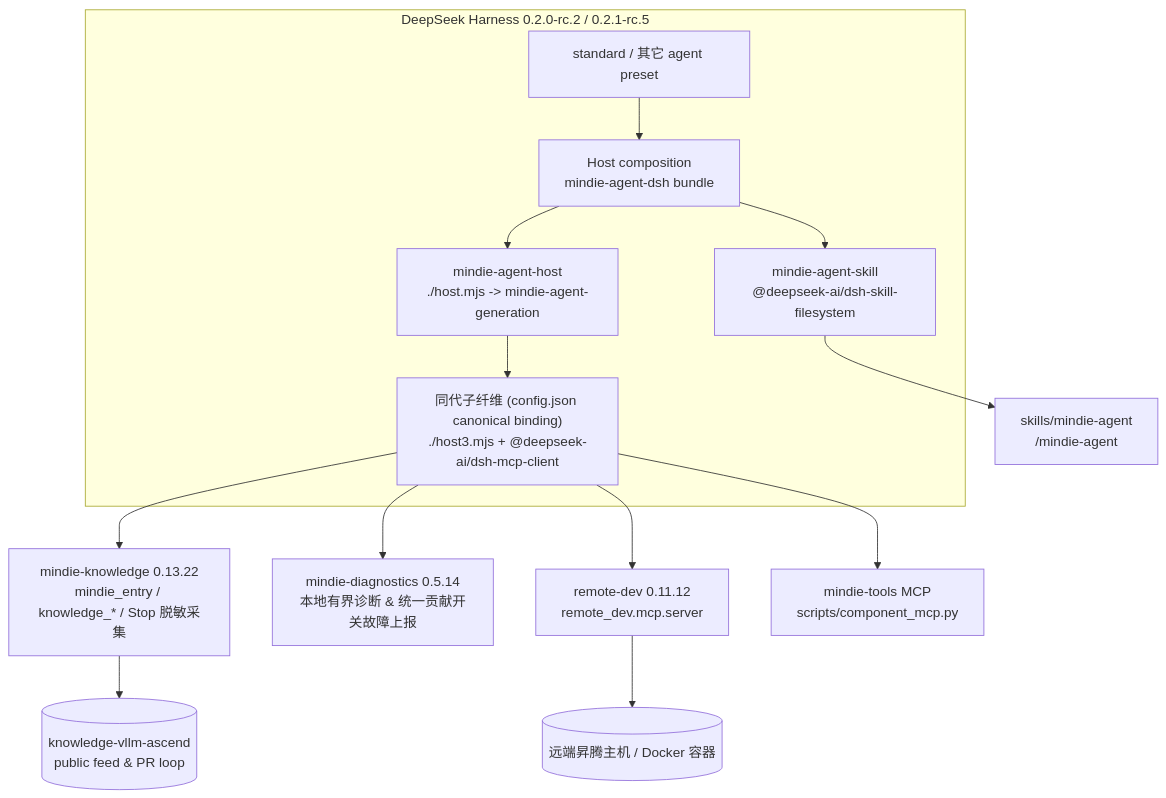
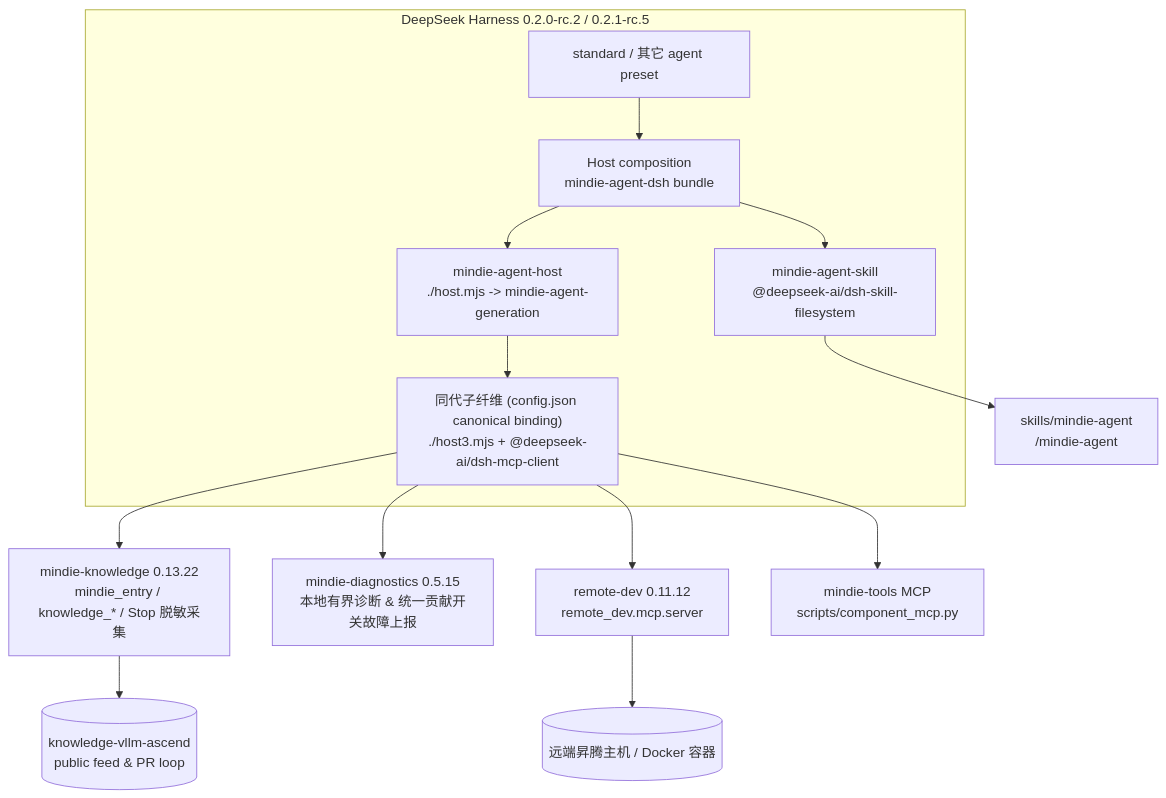
The diagram in README.md (mindie-agent/mindie-agent-dsh), drawn with Mermaid before and after one commit. The commit also changed other lines of this file and 8 other files, not shown here.

````diff
--- a/README.md
+++ b/README.md
@@ -169,21 +169,21 @@
 ```mermaid
 flowchart TB
   subgraph DSH["DeepSeek Harness 0.2.0-rc.2 / 0.2.1-rc.5"]
     HOST["Host composition<br/>mindie-agent-dsh bundle"]
     STD["standard / 其它 agent preset"]
     SKILL["mindie-agent-skill<br/>@deepseek-ai/dsh-skill-filesystem"]
     HPLUG["mindie-agent-host<br/>./host.mjs -> mindie-agent-generation"]
     GEN["同代子纤维 (config.json canonical binding)<br/>./host3.mjs + @deepseek-ai/dsh-mcp-client"]
     STD --> HOST
     HOST --> SKILL
     HOST --> HPLUG
     HPLUG --> GEN
   end
   SKILL --> SK["skills/mindie-agent<br/>/mindie-agent"]
   GEN --> KS["mindie-knowledge 0.13.22<br/>mindie_entry / knowledge_* / Stop 脱敏采集"]
-  GEN --> DIAG["mindie-diagnostics 0.5.14<br/>本地有界诊断 & 统一贡献开关故障上报"]
+  GEN --> DIAG["mindie-diagnostics 0.5.15<br/>本地有界诊断 & 统一贡献开关故障上报"]
   KS --> FEED[("knowledge-vllm-ascend<br/>public feed & PR loop")]
   GEN --> RD["remote-dev 0.11.12<br/>remote_dev.mcp.server"]
   GEN --> MT["mindie-tools MCP<br/>scripts/component_mcp.py"]
   RD --> NPU[("远端昇腾主机 / Docker 容器")]
 ```
````
